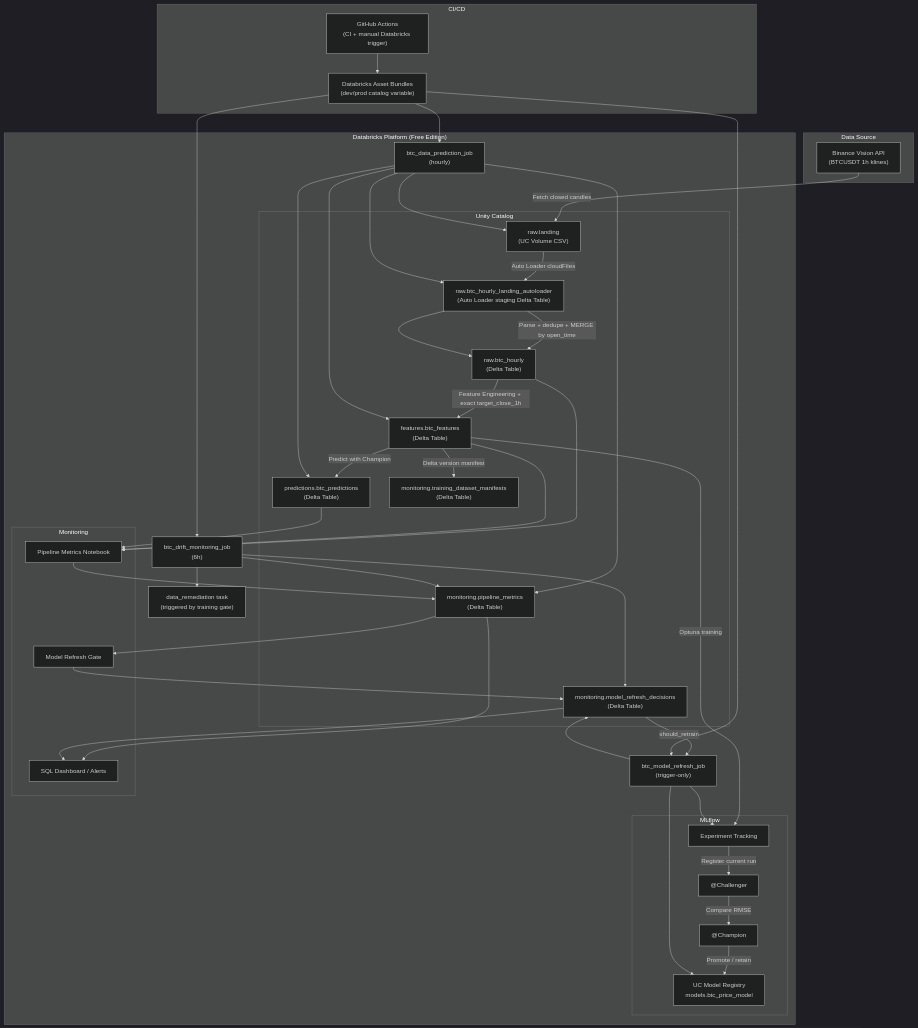
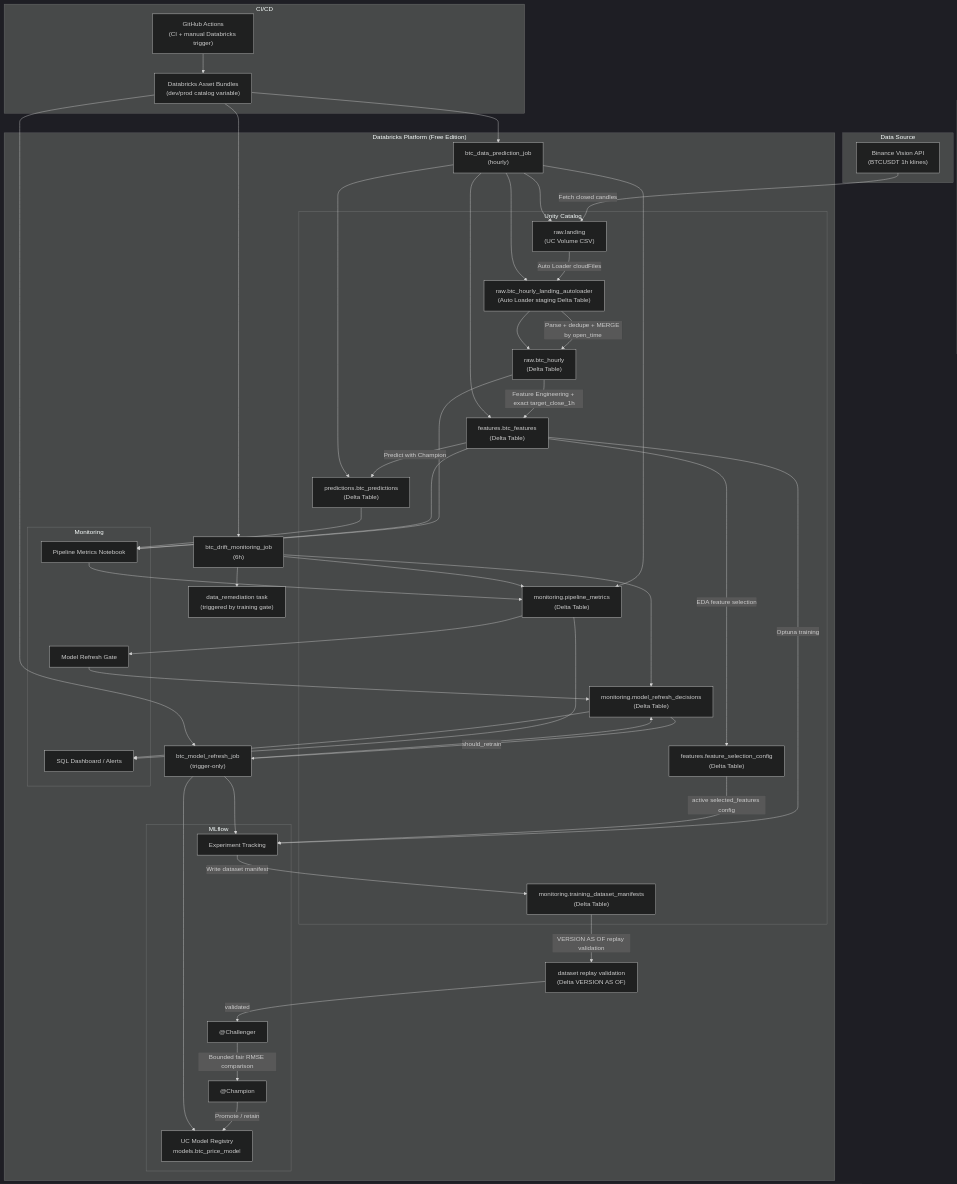
The first of 2 diagrams in _bmad-output/planning-artifacts/implementation_plan.md (dunglk85/btc_mle_dbr), drawn with Mermaid (dark theme) before and after one commit. The commit also changed other lines of this file, not shown here.

```diff
--- a/_bmad-output/planning-artifacts/implementation_plan.md
+++ b/_bmad-output/planning-artifacts/implementation_plan.md
@@ -18,6 +18,7 @@
             S["raw.btc_hourly_landing_autoloader<br/>(Auto Loader staging Delta Table)"]
             B["raw.btc_hourly<br/>(Delta Table)"]
             C["features.btc_features<br/>(Delta Table)"]
+            U["features.feature_selection_config<br/>(Delta Table)"]
             P["predictions.btc_predictions<br/>(Delta Table)"]
             Q["monitoring.pipeline_metrics<br/>(Delta Table)"]
             R["monitoring.model_refresh_decisions<br/>(Delta Table)"]
@@ -40,6 +41,7 @@
         K["btc_data_prediction_job<br/>(hourly)"]
         L["btc_drift_monitoring_job<br/>(6h)"]
         X["data_remediation task<br/>(triggered by training gate)"]
+        Y["dataset replay validation<br/>(Delta VERSION AS OF)"]
         O["btc_model_refresh_job<br/>(trigger-only)"]
     end
 
@@ -54,9 +56,12 @@
     B -->|"Feature Engineering + exact target_close_1h"| C
     C -->|"Predict with Champion"| P
     C -->|"Optuna training"| D
-    C -->|"Delta version manifest"| T
-    D -->|"Register current run"| G
-    G -->|"Compare RMSE"| F
+    C -->|"EDA feature selection"| U
+    U -->|"active selected_features config"| D
+    D -->|"Write dataset manifest"| T
+    T -->|"VERSION AS OF replay validation"| Y
+    Y -->|"validated"| G
+    G -->|"Bounded fair RMSE comparison"| F
     F -->|"Promote / retain"| E
     B --> H
     C --> H
```
